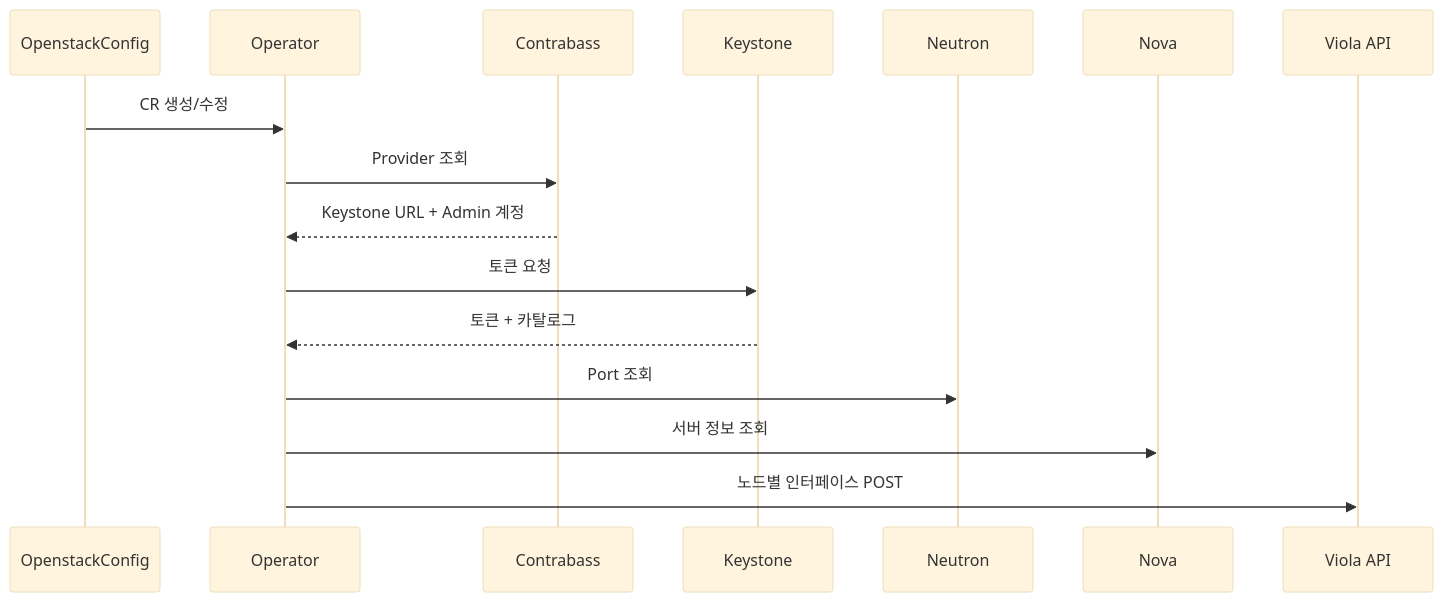
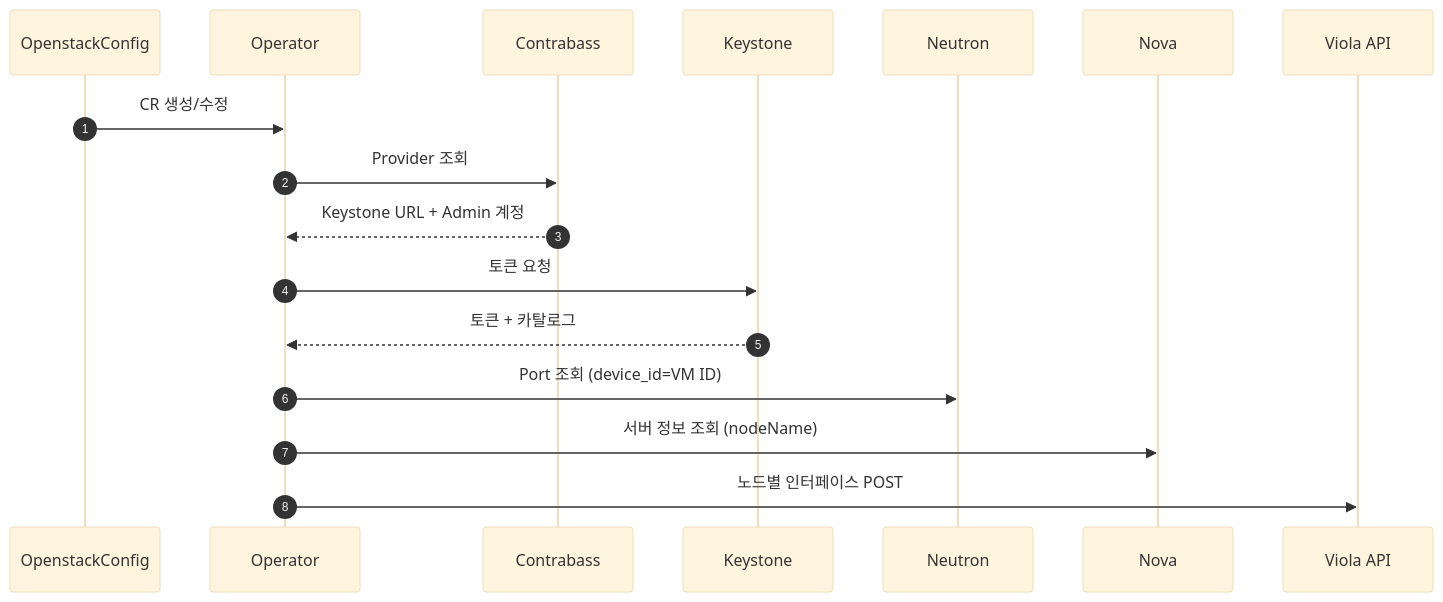
The second of 2 diagrams in README.md (Minzino/multi-network-interface-operator), drawn with Mermaid (base theme) before and after one commit. The commit also changed other lines of this file and 13 other files, not shown here.

````diff
--- a/README.md
+++ b/README.md
@@ -132,19 +132,20 @@
 ```mermaid
 sequenceDiagram
+    autonumber
     participant CR as OpenstackConfig
     participant OP as Operator
     participant CB as Contrabass
     participant KS as Keystone
     participant NE as Neutron
     participant NO as Nova
     participant VA as Viola API
 
     CR->>OP: CR 생성/수정
     OP->>CB: Provider 조회
     CB-->>OP: Keystone URL + Admin 계정
     OP->>KS: 토큰 요청
     KS-->>OP: 토큰 + 카탈로그
-    OP->>NE: Port 조회
-    OP->>NO: 서버 정보 조회
+    OP->>NE: Port 조회 (device_id=VM ID)
+    OP->>NO: 서버 정보 조회 (nodeName)
     OP->>VA: 노드별 인터페이스 POST
 ```
````
